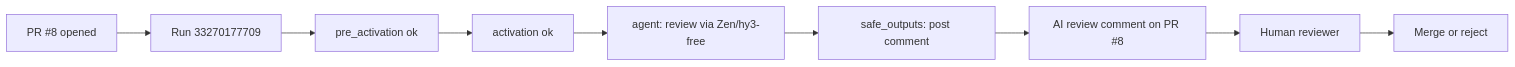
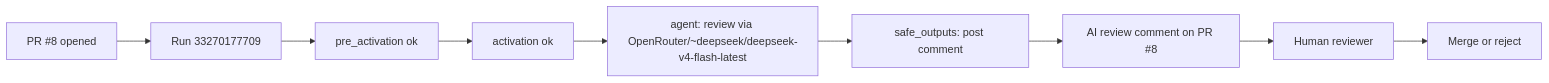
The diagram in docs/agentic-workflows/case-study-pr-8.md (lorenzogirardi/fastapi-testapp), drawn with Mermaid before and after one commit. The commit also changed other lines of this file and 14 other files, not shown here.

First line of the commit message:
gh-aw: switch LLM provider from OpenCode Zen to OpenRouter

````diff
--- a/docs/agentic-workflows/case-study-pr-8.md
+++ b/docs/agentic-workflows/case-study-pr-8.md
@@ -71,11 +71,11 @@
 ```mermaid
 flowchart LR
   PR[PR #8 opened] --> Run[Run 33270177709]
   Run --> PA[pre_activation ok]
   PA --> AC[activation ok]
-  AC --> AG[agent: review via Zen/hy3-free]
+  AC --> AG[agent: review via OpenRouter/~deepseek/deepseek-v4-flash-latest]
   AG --> SO[safe_outputs: post comment]
   SO --> C[AI review comment on PR #8]
   C --> H[Human reviewer]
   H --> M[Merge or reject]
 ```
````
